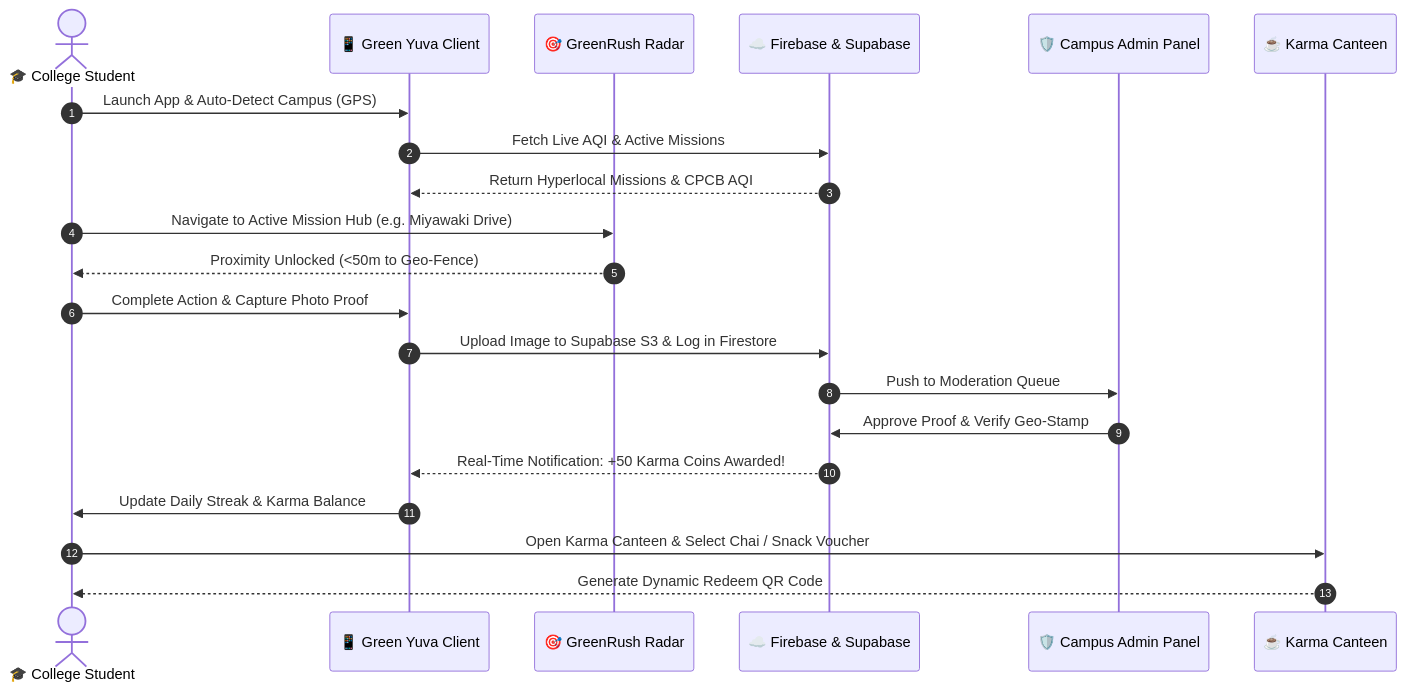
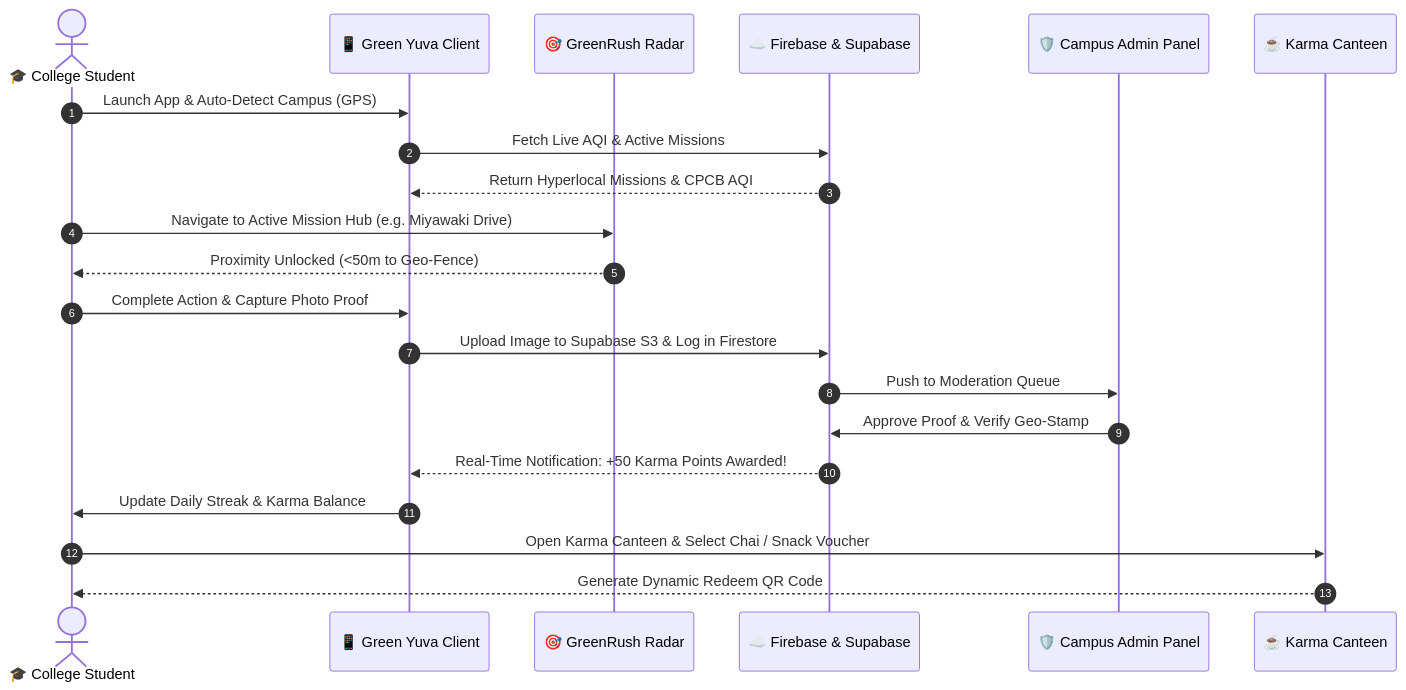
One commit to divyani-22/GreenYuva changed the second of 2 diagrams in README.md. Above: the diagram before and after it, drawn with Mermaid. The commit also changed other lines of this file and 1 other file, not shown here.

Commit message:
docs: align AI architecture, add About section, and refine Karma Points terminology for grant reviewers

````diff
--- a/README.md
+++ b/README.md
@@ -146,24 +146,24 @@
 ```mermaid
 sequenceDiagram
     autonumber
     actor Student as 🎓 College Student
     participant App as 📱 Green Yuva Client
     participant Radar as 🎯 GreenRush Radar
     participant Cloud as ☁️ Firebase & Supabase
     participant Admin as 🛡️ Campus Admin Panel
     participant Canteen as ☕ Karma Canteen
 
     Student->>App: Launch App & Auto-Detect Campus (GPS)
     App->>Cloud: Fetch Live AQI & Active Missions
     Cloud-->>App: Return Hyperlocal Missions & CPCB AQI
     Student->>Radar: Navigate to Active Mission Hub (e.g. Miyawaki Drive)
     Radar-->>Student: Proximity Unlocked (<50m to Geo-Fence)
     Student->>App: Complete Action & Capture Photo Proof
     App->>Cloud: Upload Image to Supabase S3 & Log in Firestore
     Cloud->>Admin: Push to Moderation Queue
     Admin->>Cloud: Approve Proof & Verify Geo-Stamp
-    Cloud-->>App: Real-Time Notification: +50 Karma Coins Awarded!
+    Cloud-->>App: Real-Time Notification: +50 Karma Points Awarded!
     App->>Student: Update Daily Streak & Karma Balance
     Student->>Canteen: Open Karma Canteen & Select Chai / Snack Voucher
     Canteen-->>Student: Generate Dynamic Redeem QR Code
 ```
````
